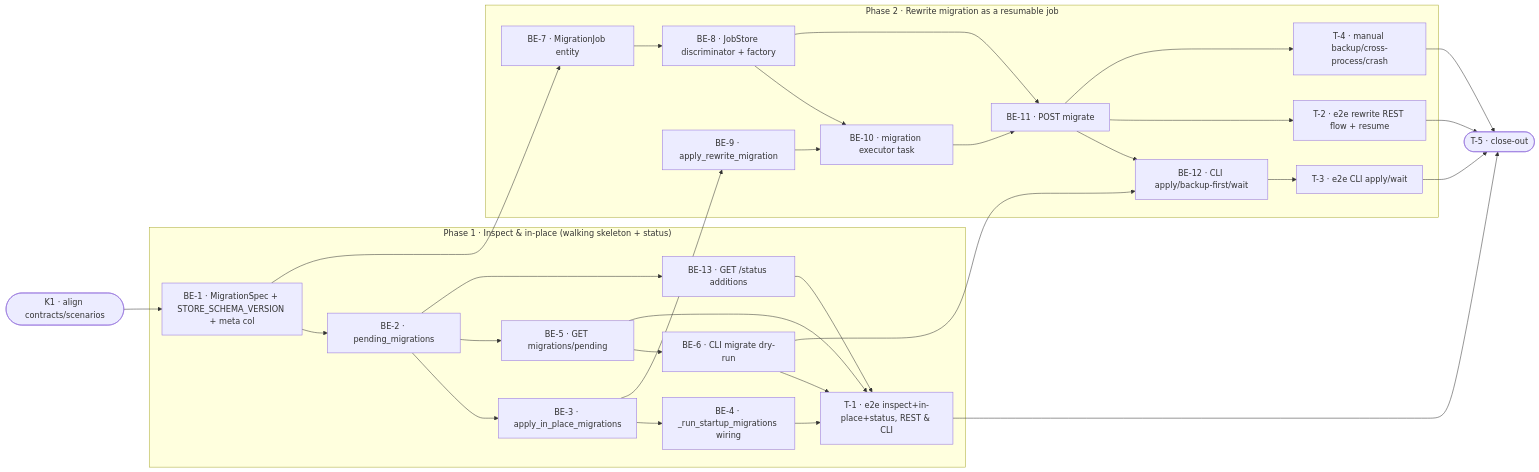
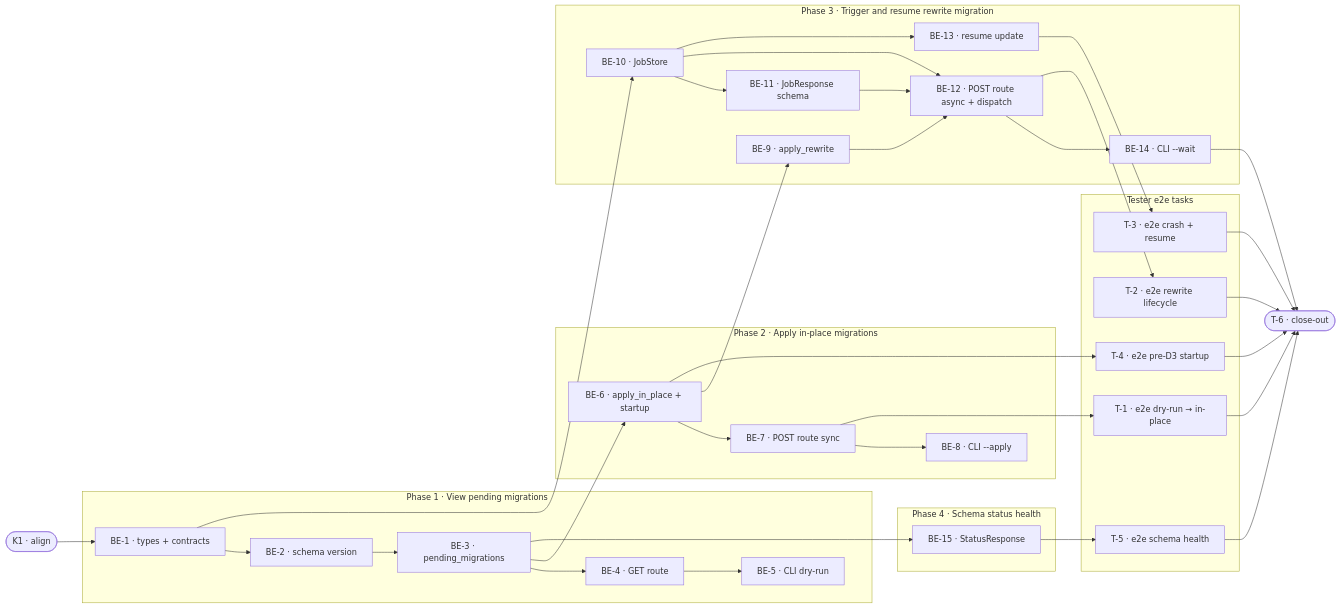
The second of 2 diagrams in Documentation/Backlog/D3-schema-migration-tooling-team-plan.md (user538295/archon-search), drawn with Mermaid before and after one commit. The commit also changed other lines of this file and 6 other files, not shown here.

First line of the commit message:
feat(types): add MigrationJob, MigrationSpec, MigrationKind entities; rewrite D3 TypeSpec contracts

````diff
--- a/Documentation/Backlog/D3-schema-migration-tooling-team-plan.md
+++ b/Documentation/Backlog/D3-schema-migration-tooling-team-plan.md
@@ -281,48 +311,70 @@
 ```mermaid
 flowchart LR
-  K1([K1 · align contracts/scenarios])
-  subgraph P1["Phase 1 · Inspect & in-place (walking skeleton + status)"]
-    BE1[BE-1 · MigrationSpec + STORE_SCHEMA_VERSION + meta col]
-    BE2[BE-2 · pending_migrations]
-    BE3[BE-3 · apply_in_place_migrations]
-    BE4[BE-4 · _run_startup_migrations wiring]
-    BE5[BE-5 · GET migrations/pending]
-    BE13[BE-13 · GET /status additions]
-    BE6[BE-6 · CLI migrate dry-run]
-    T1[T-1 · e2e inspect+in-place+status, REST & CLI]
+  K1([K1 · align])
+
+  subgraph P1["Phase 1 · View pending migrations"]
+    BE1[BE-1 · types + contracts]
+    BE2[BE-2 · schema version]
+    BE3[BE-3 · pending_migrations]
+    BE4[BE-4 · GET route]
+    BE5[BE-5 · CLI dry-run]
   end
-  subgraph P2["Phase 2 · Rewrite migration as a resumable job"]
-    BE7[BE-7 · MigrationJob entity]
-    BE8[BE-8 · JobStore discriminator + factory]
-    BE9[BE-9 · apply_rewrite_migration]
-    BE10[BE-10 · migration executor task]
-    BE11[BE-11 · POST migrate]
-    BE12[BE-12 · CLI apply/backup-first/wait]
-    T2[T-2 · e2e rewrite REST flow + resume]
-    T3[T-3 · e2e CLI apply/wait]
-    T4[T-4 · manual backup/cross-process/crash]
+
+  subgraph P2["Phase 2 · Apply in-place migrations"]
+    BE6[BE-6 · apply_in_place + startup]
+    BE7[BE-7 · POST route sync]
+    BE8[BE-8 · CLI --apply]
   end
-  T_END([T-5 · close-out])
+
+  subgraph P3["Phase 3 · Trigger and resume rewrite migration"]
+    BE9[BE-9 · apply_rewrite]
+    BE10[BE-10 · JobStore]
+    BE11[BE-11 · JobResponse schema]
+    BE12[BE-12 · POST route async + dispatch]
+    BE13[BE-13 · resume update]
+    BE14[BE-14 · CLI --wait]
+  end
+
+  subgraph P4["Phase 4 · Schema status health"]
+    BE15[BE-15 · StatusResponse]
+  end
+
+  subgraph TE["Tester e2e tasks"]
+    T1[T-1 · e2e dry-run → in-place]
+    T2[T-2 · e2e rewrite lifecycle]
+    T3[T-3 · e2e crash + resume]
+    T4[T-4 · e2e pre-D3 startup]
+    T5[T-5 · e2e schema health]
+  end
+
+  T6([T-6 · close-out])
+
   K1 --> BE1
-  BE1 --> BE2 --> BE3 --> BE4
-  BE2 --> BE5 --> BE6
-  BE2 --> BE13
-  BE4 --> T1
-  BE5 --> T1
-  BE6 --> T1
-  BE13 --> T1
-  BE1 --> BE7 --> BE8
-  BE3 --> BE9
-  BE8 --> BE10
-  BE9 --> BE10
-  BE8 --> BE11
-  BE10 --> BE11 --> BE12
-  BE6 --> BE12
-  BE11 --> T2
-  BE12 --> T3
-  BE11 --> T4
-  T1 --> T_END
-  T2 --> T_END
-  T3 --> T_END
-  T4 --> T_END
+  BE1 --> BE2
+  BE1 --> BE10
+  BE2 --> BE3
+  BE3 --> BE4
+  BE3 --> BE6
+  BE3 --> BE15
+  BE4 --> BE5
+  BE6 --> BE7
+  BE6 --> BE9
+  BE6 --> T4
+  BE7 --> BE8
+  BE7 --> T1
+  BE9 --> BE12
+  BE10 --> BE11
+  BE10 --> BE12
+  BE10 --> BE13
+  BE11 --> BE12
+  BE12 --> BE14
+  BE12 --> T2
+  BE13 --> T3
+  BE15 --> T5
+  BE14 --> T6
+  T1 --> T6
+  T2 --> T6
+  T3 --> T6
+  T4 --> T6
+  T5 --> T6
 ```
````
